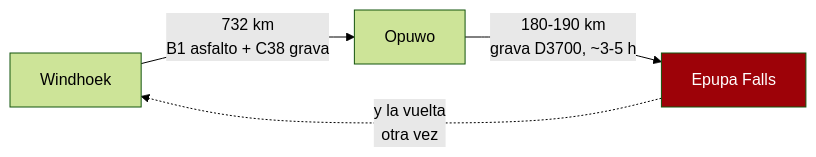
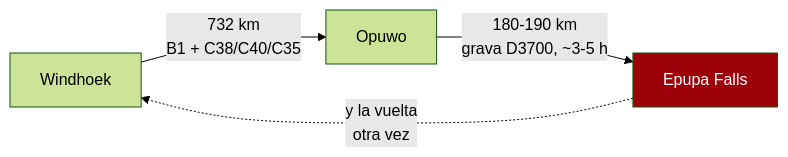
Before and after one commit to morandeirachema/namibia: the second of 4 diagrams in 11-lista-google-maps.md, drawn with Mermaid (forest theme). The commit also changed other lines of this file and 25 other files, not shown here.

````diff
--- a/11-lista-google-maps.md
+++ b/11-lista-google-maps.md
@@ -222,7 +238,7 @@
 ```mermaid
 flowchart LR
-    W["Windhoek"] -->|"732 km<br/>B1 asfalto + C38 grava"| O["Opuwo"]
+    W["Windhoek"] -->|"732 km<br/>B1 + C38/C40/C35"| O["Opuwo"]
     O -->|"180-190 km<br/>grava D3700, ~3-5 h"| E["Epupa Falls"]
     E -.->|"y la vuelta<br/>otra vez"| W
     style E fill:#9d0208,color:#fff
 ```
````
